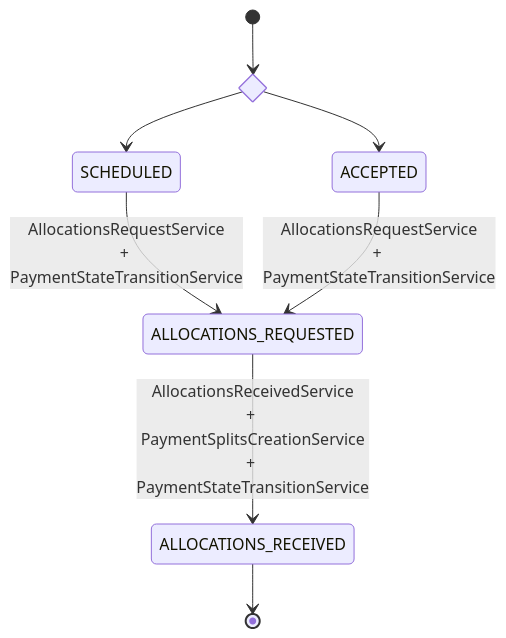
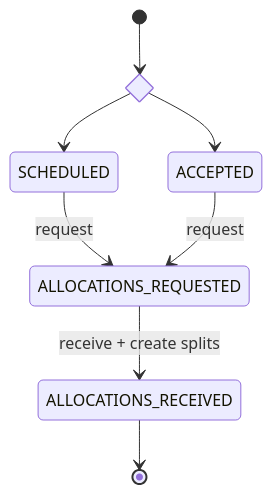
Before and after one commit to arunav-bhattacharya/billpay-docs: the ninth of 11 diagrams in docs/diagrams/state-diagrams.md, drawn with Mermaid. The commit also changed other lines of this file and 4 other files, not shown here.

Commit message:
Enhance Mermaid diagram styling and configuration for JetBrains Mono font

````diff
--- a/docs/diagrams/state-diagrams.md
+++ b/docs/diagrams/state-diagrams.md
@@ -152,14 +205,14 @@
 ```mermaid
 stateDiagram-v2
   state Source <<choice>>
   [*] --> Source
   Source --> SCHEDULED
   Source --> ACCEPTED
 
-  SCHEDULED --> ALLOCATIONS_REQUESTED: AllocationsRequestService<br/>+ PaymentStateTransitionService
-  ACCEPTED  --> ALLOCATIONS_REQUESTED: AllocationsRequestService<br/>+ PaymentStateTransitionService
+  SCHEDULED --> ALLOCATIONS_REQUESTED: request
+  ACCEPTED  --> ALLOCATIONS_REQUESTED: request
 
-  ALLOCATIONS_REQUESTED --> ALLOCATIONS_RECEIVED: AllocationsReceivedService<br/>+ PaymentSplitsCreationService<br/>+ PaymentStateTransitionService
+  ALLOCATIONS_REQUESTED --> ALLOCATIONS_RECEIVED: receive + create splits
 
   ALLOCATIONS_RECEIVED --> [*]
 ```
````
